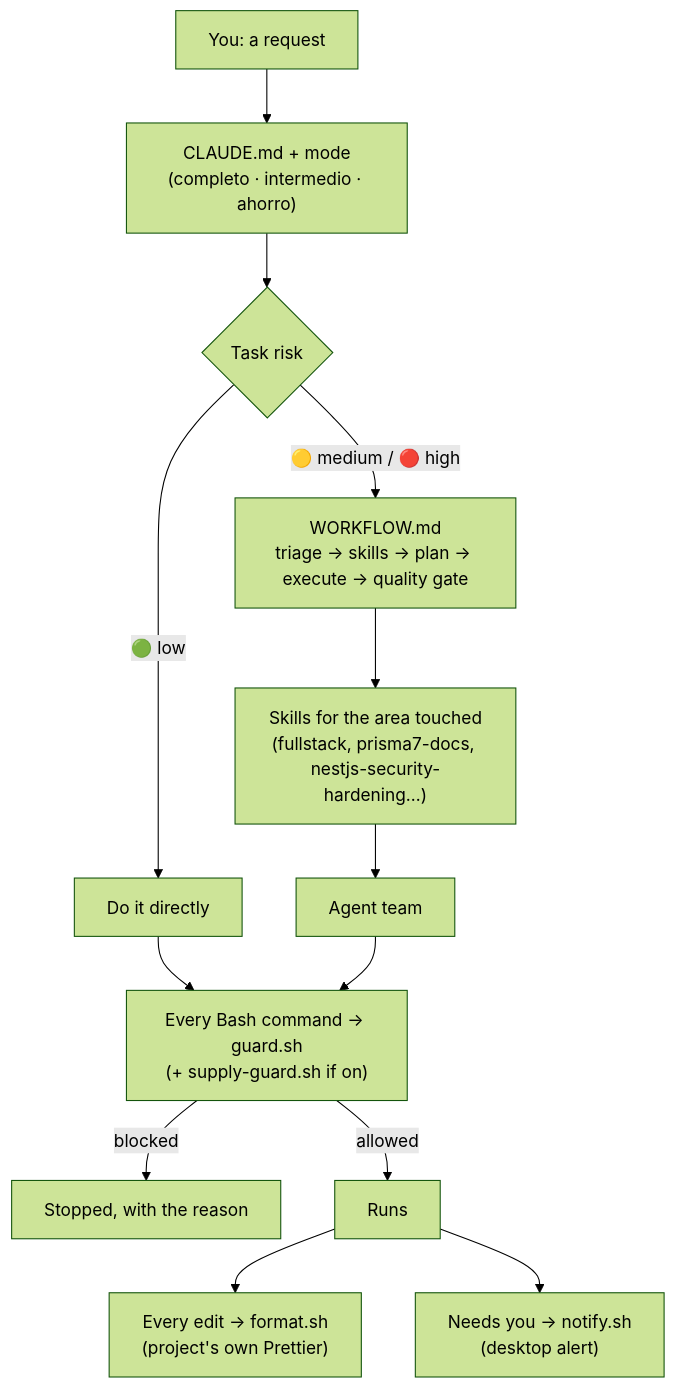
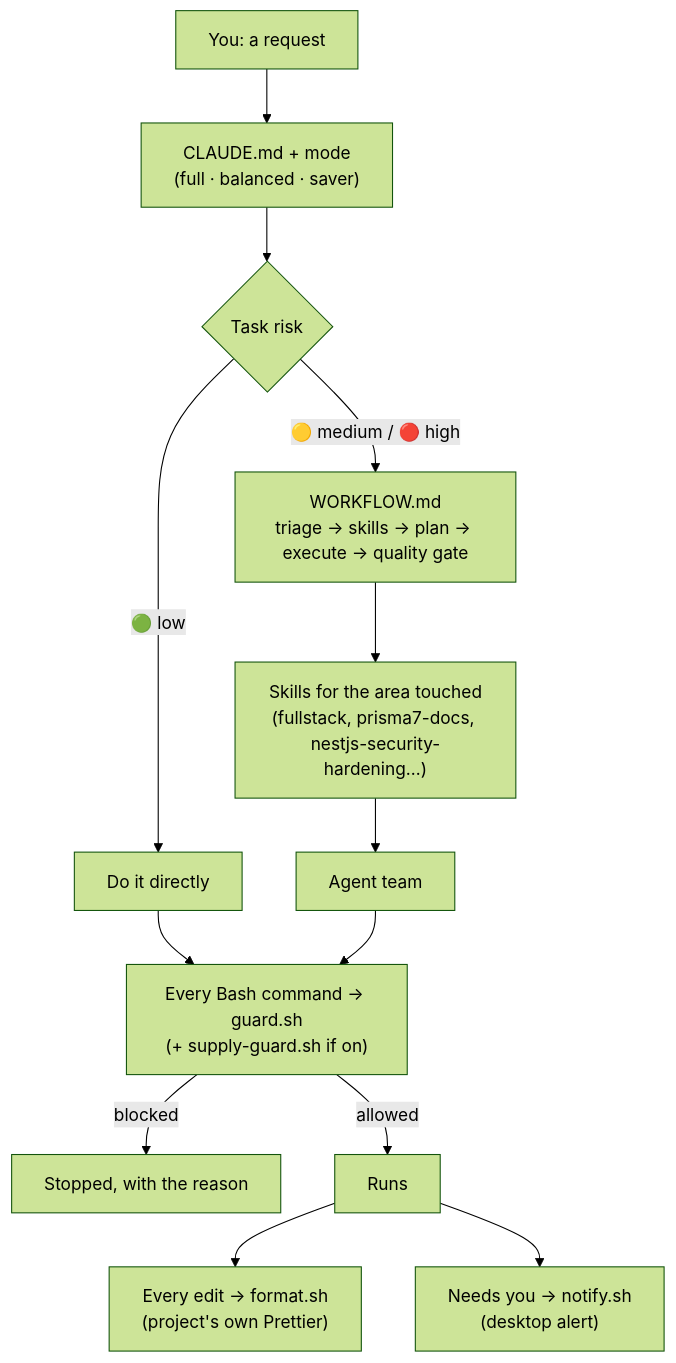
The second of 5 diagrams in README.md (FrankLord27/ai-lordkit), drawn with Mermaid (forest theme) before and after one commit. The commit also changed other lines of this file and 5 other files, not shown here.

````diff
--- a/README.md
+++ b/README.md
@@ -119,15 +119,15 @@
 ```mermaid
 flowchart TD
-    U["You: a request"] --> M["CLAUDE.md + mode<br/>(completo · intermedio · ahorro)"]
+    U["You: a request"] --> M["CLAUDE.md + mode<br/>(full · balanced · saver)"]
     M --> T{"Task risk"}
     T -- "🟢 low" --> X["Do it directly"]
     T -- "🟡 medium / 🔴 high" --> W["WORKFLOW.md<br/>triage → skills → plan → execute → quality gate"]
     W --> S["Skills for the area touched<br/>(fullstack, prisma7-docs, nestjs-security-hardening…)"]
     S --> AG["Agent team"]
     X --> H
     AG --> H["Every Bash command → guard.sh<br/>(+ supply-guard.sh if on)"]
     H -- blocked --> B["Stopped, with the reason"]
     H -- allowed --> R["Runs"]
     R --> FMT["Every edit → format.sh<br/>(project's own Prettier)"]
     R --> N["Needs you → notify.sh<br/>(desktop alert)"]
 ```
````
